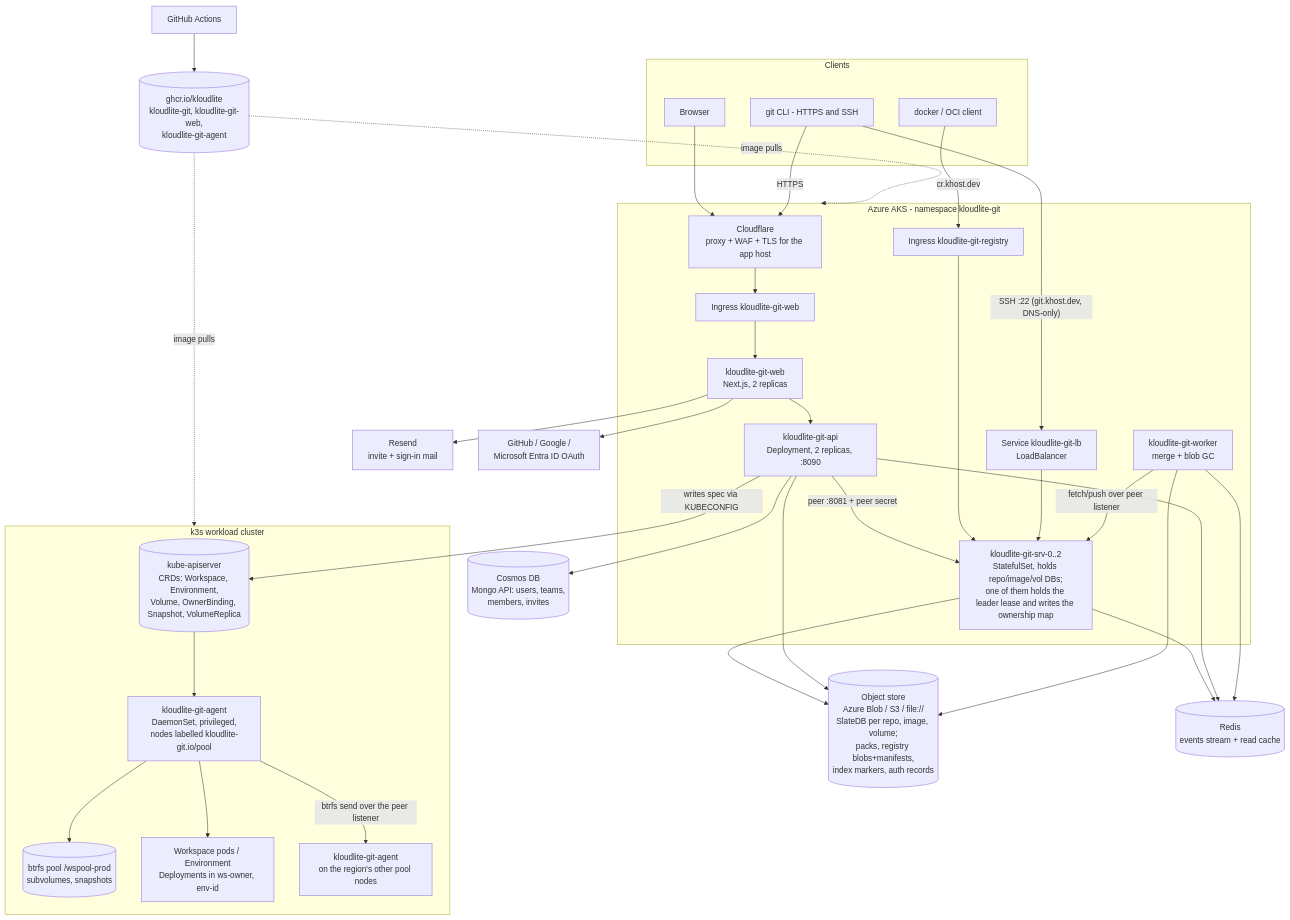
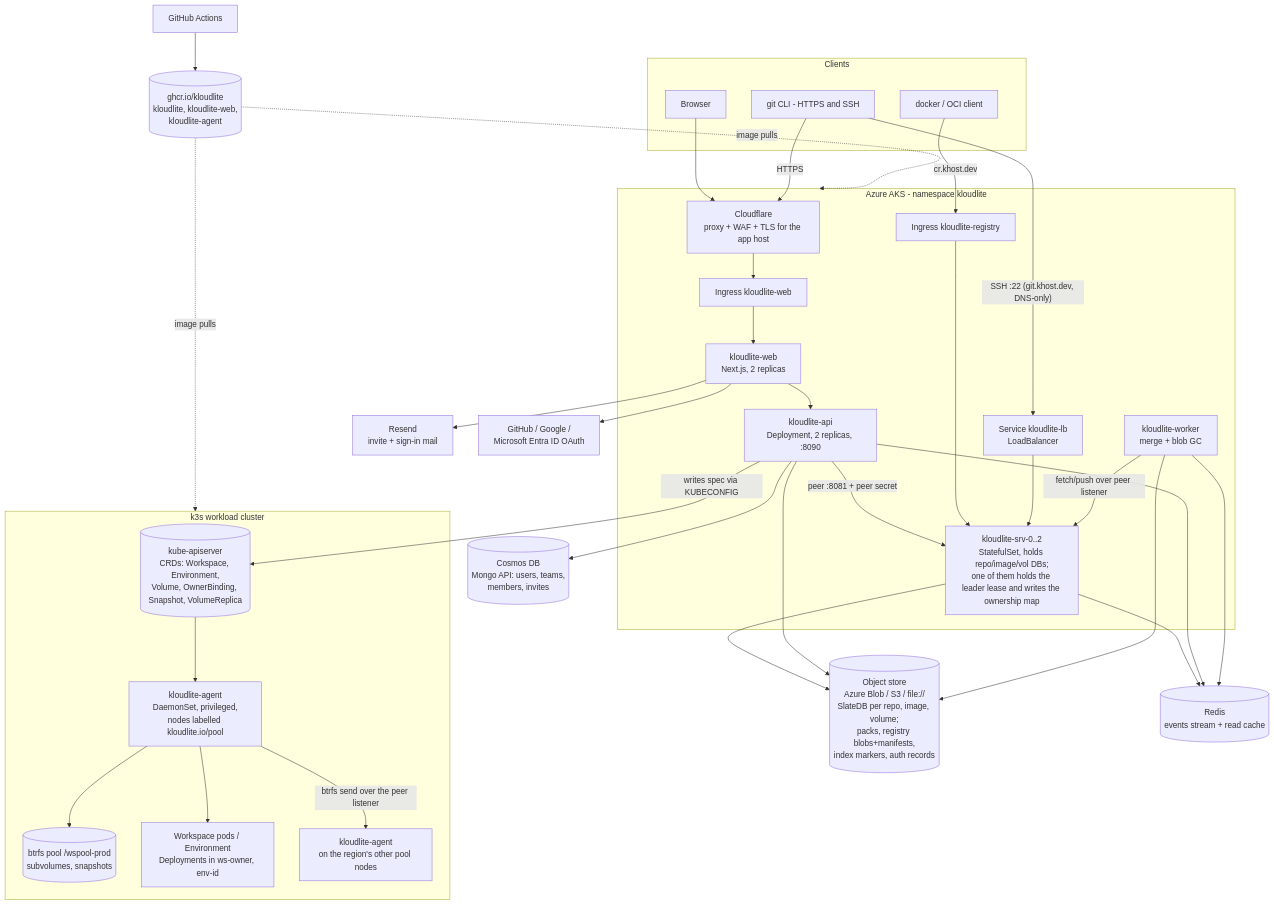
One commit to kloudlite/rustic-git changed the diagram in README.md. Above: the diagram before and after it, drawn with Mermaid. The commit also changed other lines of this file and 387 other files, not shown here.

Commit message:
Rename kloudlite-git to kloudlite everywhere

````diff
--- a/README.md
+++ b/README.md
@@ -14,61 +14,61 @@
 ```mermaid
 flowchart TB
   subgraph clients[Clients]
     U[Browser]
     G[git CLI - HTTPS and SSH]
     D[docker / OCI client]
   end
 
   CF[Cloudflare<br/>proxy + WAF + TLS for the app host]
   U --> CF
   G -- HTTPS --> CF
-  G -- "SSH :22 (git.khost.dev, DNS-only)" --> LB[Service kloudlite-git-lb<br/>LoadBalancer]
+  G -- "SSH :22 (git.khost.dev, DNS-only)" --> LB[Service kloudlite-lb<br/>LoadBalancer]
   D -- "cr.khost.dev" --> INGR
 
-  subgraph aks[Azure AKS - namespace kloudlite-git]
-    CF --> INGW[Ingress kloudlite-git-web]
-    INGR[Ingress kloudlite-git-registry]
-    INGW --> WEB[kloudlite-git-web<br/>Next.js, 2 replicas]
-    WEB --> API[kloudlite-git-api<br/>Deployment, 2 replicas, :8090]
+  subgraph aks[Azure AKS - namespace kloudlite]
+    CF --> INGW[Ingress kloudlite-web]
+    INGR[Ingress kloudlite-registry]
+    INGW --> WEB[kloudlite-web<br/>Next.js, 2 replicas]
+    WEB --> API[kloudlite-api<br/>Deployment, 2 replicas, :8090]
     API -- "peer :8081 + peer secret" --> SRV
     INGR --> SRV
     LB --> SRV
-    SRV[kloudlite-git-srv-0..2<br/>StatefulSet, holds repo/image/vol DBs;<br/>one of them holds the leader lease and writes the ownership map]
-    WRK[kloudlite-git-worker<br/>merge + blob GC]
+    SRV[kloudlite-srv-0..2<br/>StatefulSet, holds repo/image/vol DBs;<br/>one of them holds the leader lease and writes the ownership map]
+    WRK[kloudlite-worker<br/>merge + blob GC]
     WRK -- "fetch/push over peer listener" --> SRV
   end
 
   subgraph k3s[k3s workload cluster]
     APIS[(kube-apiserver<br/>CRDs: Workspace, Environment,<br/>Volume, OwnerBinding, Snapshot, VolumeReplica)]
-    AG[kloudlite-git-agent<br/>DaemonSet, privileged,<br/>nodes labelled kloudlite-git.io/pool]
+    AG[kloudlite-agent<br/>DaemonSet, privileged,<br/>nodes labelled kloudlite.io/pool]
     POOL[(btrfs pool /wspool-prod<br/>subvolumes, snapshots)]
     PODS[Workspace pods / Environment<br/>Deployments in ws-owner, env-id]
     APIS --> AG
     AG --> POOL
     AG --> PODS
-    AG -- "btrfs send over the peer listener" --> AG2[kloudlite-git-agent<br/>on the region's other pool nodes]
+    AG -- "btrfs send over the peer listener" --> AG2[kloudlite-agent<br/>on the region's other pool nodes]
   end
 
   API -- "writes spec via KUBECONFIG" --> APIS
 
   OS[(Object store<br/>Azure Blob / S3 / file://<br/>SlateDB per repo, image, volume;<br/>packs, registry blobs+manifests,<br/>index markers, auth records)]
   COS[(Cosmos DB<br/>Mongo API: users, teams,<br/>members, invites)]
   RED[(Redis<br/>events stream + read cache)]
 
   SRV --> OS
   API --> OS
   WRK --> OS
   SRV --> RED
   API --> RED
   WRK --> RED
   API --> COS
 
   RES[Resend<br/>invite + sign-in mail]
   OAUTH[GitHub / Google /<br/>Microsoft Entra ID OAuth]
   WEB --> RES
   WEB --> OAUTH
 
-  GH[GitHub Actions] --> GHCR[(ghcr.io/kloudlite<br/>kloudlite-git, kloudlite-git-web,<br/>kloudlite-git-agent)]
+  GH[GitHub Actions] --> GHCR[(ghcr.io/kloudlite<br/>kloudlite, kloudlite-web,<br/>kloudlite-agent)]
   GHCR -.image pulls.-> aks
   GHCR -.image pulls.-> k3s
 ```
````
